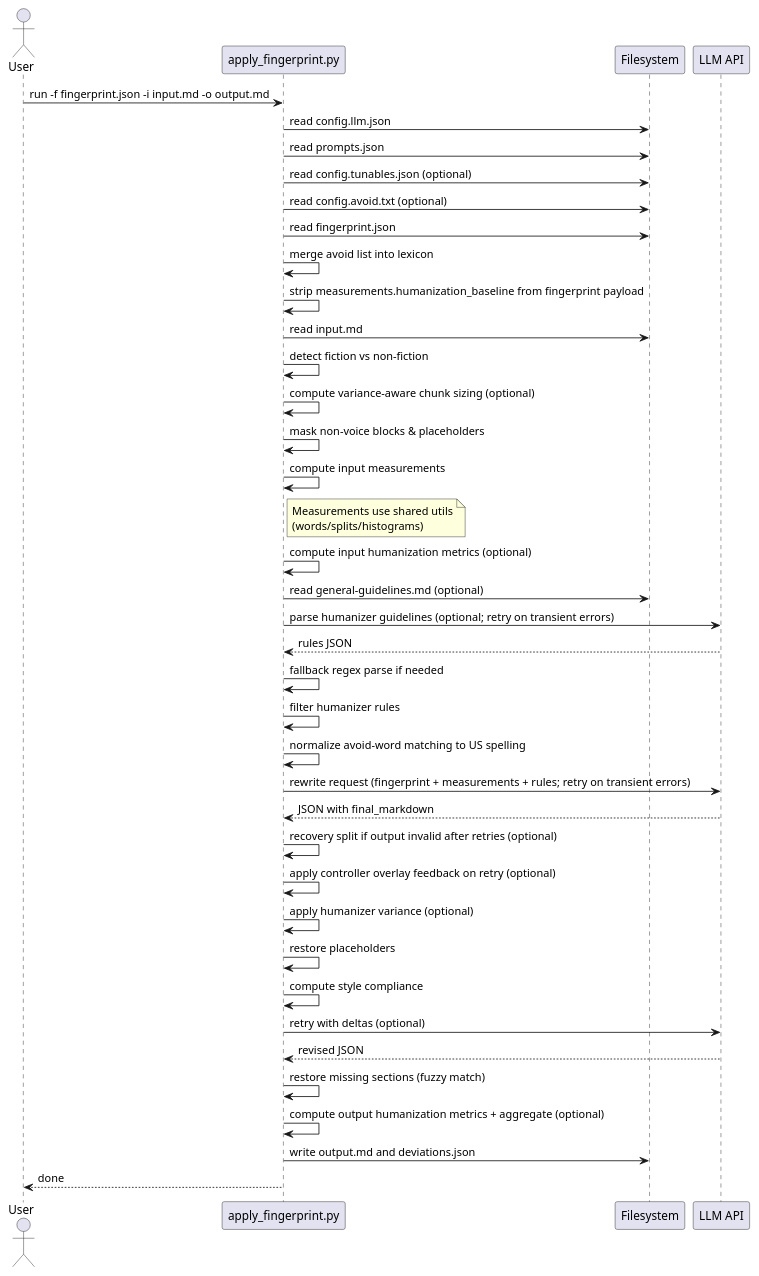
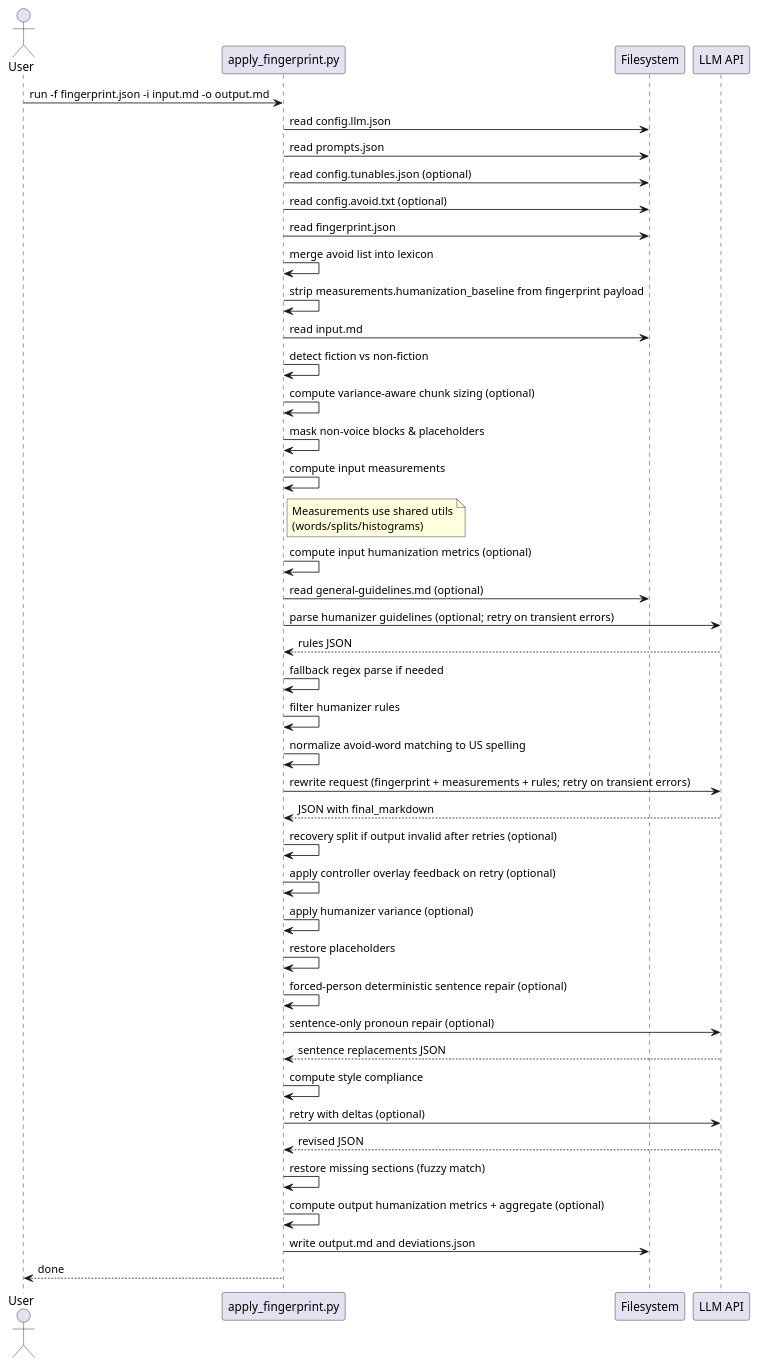
Before and after one commit to ngpepin/stylometric-transfer: the fifth of 5 diagrams in UML-Apply.md, drawn with PlantUML. The commit also changed other lines of this file and 8 other files, not shown here.

````diff
--- a/UML-Apply.md
+++ b/UML-Apply.md
@@ -193,43 +199,46 @@
 ```plantuml
 @startuml
 actor User
 participant "apply_fingerprint.py" as AF
 participant "Filesystem" as FS
 participant "LLM API" as LLM
 
 User -> AF : run -f fingerprint.json -i input.md -o output.md
 AF -> FS : read config.llm.json
 AF -> FS : read prompts.json
 AF -> FS : read config.tunables.json (optional)
 AF -> FS : read config.avoid.txt (optional)
 AF -> FS : read fingerprint.json
 AF -> AF : merge avoid list into lexicon
 AF -> AF : strip measurements.humanization_baseline from fingerprint payload
 AF -> FS : read input.md
 AF -> AF : detect fiction vs non-fiction
 AF -> AF : compute variance-aware chunk sizing (optional)
 AF -> AF : mask non-voice blocks & placeholders
 AF -> AF : compute input measurements
 note right of AF : Measurements use shared utils\n(words/splits/histograms)
 AF -> AF : compute input humanization metrics (optional)
 AF -> FS : read general-guidelines.md (optional)
 AF -> LLM : parse humanizer guidelines (optional; retry on transient errors)
 LLM --> AF : rules JSON
 AF -> AF : fallback regex parse if needed
 AF -> AF : filter humanizer rules
 AF -> AF : normalize avoid-word matching to US spelling
 AF -> LLM : rewrite request (fingerprint + measurements + rules; retry on transient errors)
 LLM --> AF : JSON with final_markdown
 AF -> AF : recovery split if output invalid after retries (optional)
 AF -> AF : apply controller overlay feedback on retry (optional)
 AF -> AF : apply humanizer variance (optional)
 AF -> AF : restore placeholders
+AF -> AF : forced-person deterministic sentence repair (optional)
+AF -> LLM : sentence-only pronoun repair (optional)
+LLM --> AF : sentence replacements JSON
 AF -> AF : compute style compliance
 AF -> LLM : retry with deltas (optional)
 LLM --> AF : revised JSON
 AF -> AF : restore missing sections (fuzzy match)
 AF -> AF : compute output humanization metrics + aggregate (optional)
 AF -> FS : write output.md and deviations.json
 AF --> User : done
 @enduml
 ```
````
